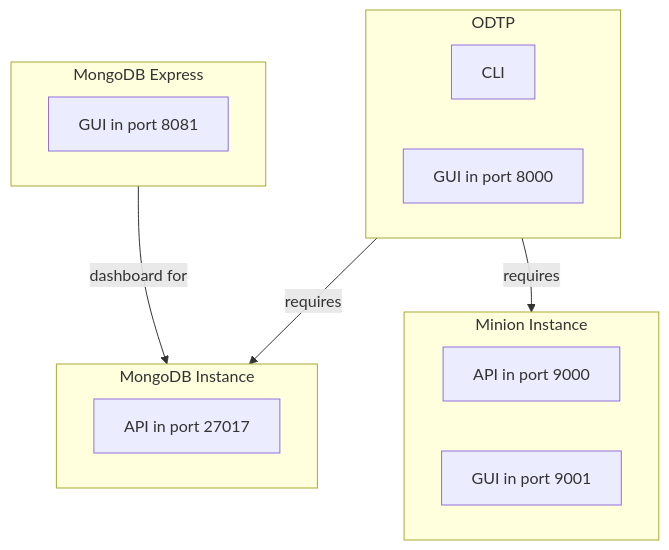
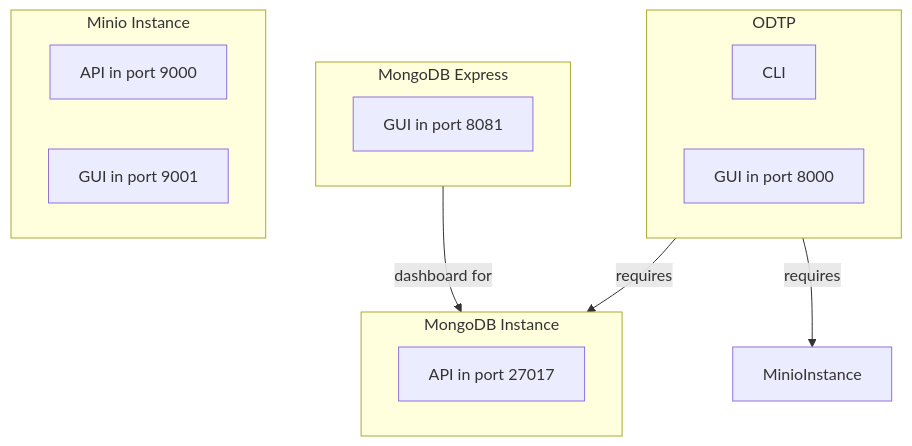
One commit to odtp-org/odtp-manuals changed the diagram in docs/installation/odtp-local-installation.md. Above: the diagram before and after it, drawn with Mermaid. The commit also changed other lines of this file and 2 other files, not shown here.

````diff
--- a/docs/installation/odtp-local-installation.md
+++ b/docs/installation/odtp-local-installation.md
@@ -14,21 +14,21 @@
     ``` mermaid
     graph TD;
         subgraph ODTP
         CLI[CLI]
         GUI[GUI in port 8000]
         end
         ODTP -->|requires| MongoDBInstance
-        ODTP -->|requires| MinionInstance
+        ODTP -->|requires| MinioInstance
         subgraph MongoDBInstance[MongoDB Instance]
         MongoDB[API in port 27017]
         end
         subgraph MongoDBExpress[MongoDB Express]
         MDBEGUI[GUI in port 8081]
         end
-        subgraph MinionInstance[Minion Instance]
-        MinionAPI[API in port 9000]
-        MinionGUI[GUI in port 9001]
+        subgraph MinionInstance[Minio Instance]
+        MinioAPI[API in port 9000]
+        MinioGUI[GUI in port 9001]
         end
         MongoDBExpress -->|dashboard for| MongoDBInstance
         
     ``` 
````
